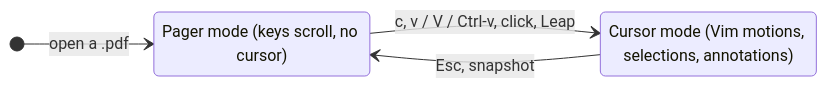
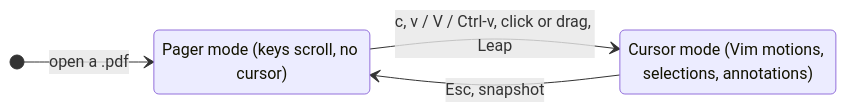
The diagram in docs/usage.md (james-yap/pdfview.nvim), drawn with Mermaid before and after one commit. The commit also changed other lines of this file and 2 other files, not shown here.

````diff
--- a/docs/usage.md
+++ b/docs/usage.md
@@ -16,9 +16,9 @@
 ```mermaid
 stateDiagram-v2
     direction LR
     [*] --> Pager: open a .pdf
-    Pager --> Cursor: c, v / V / Ctrl-v, click, Leap
+    Pager --> Cursor: c, v / V / Ctrl-v, click or drag, Leap
     Cursor --> Pager: Esc, snapshot
     Pager: Pager mode (keys scroll, no cursor)
     Cursor: Cursor mode (Vim motions, selections, annotations)
 ```
````
